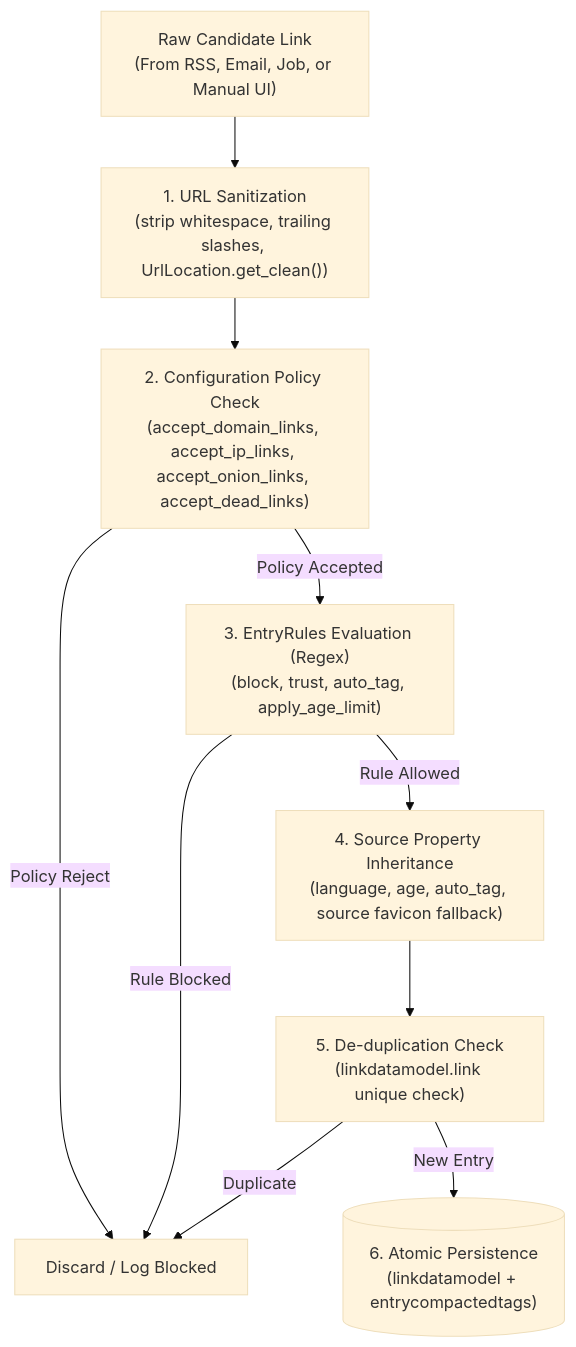
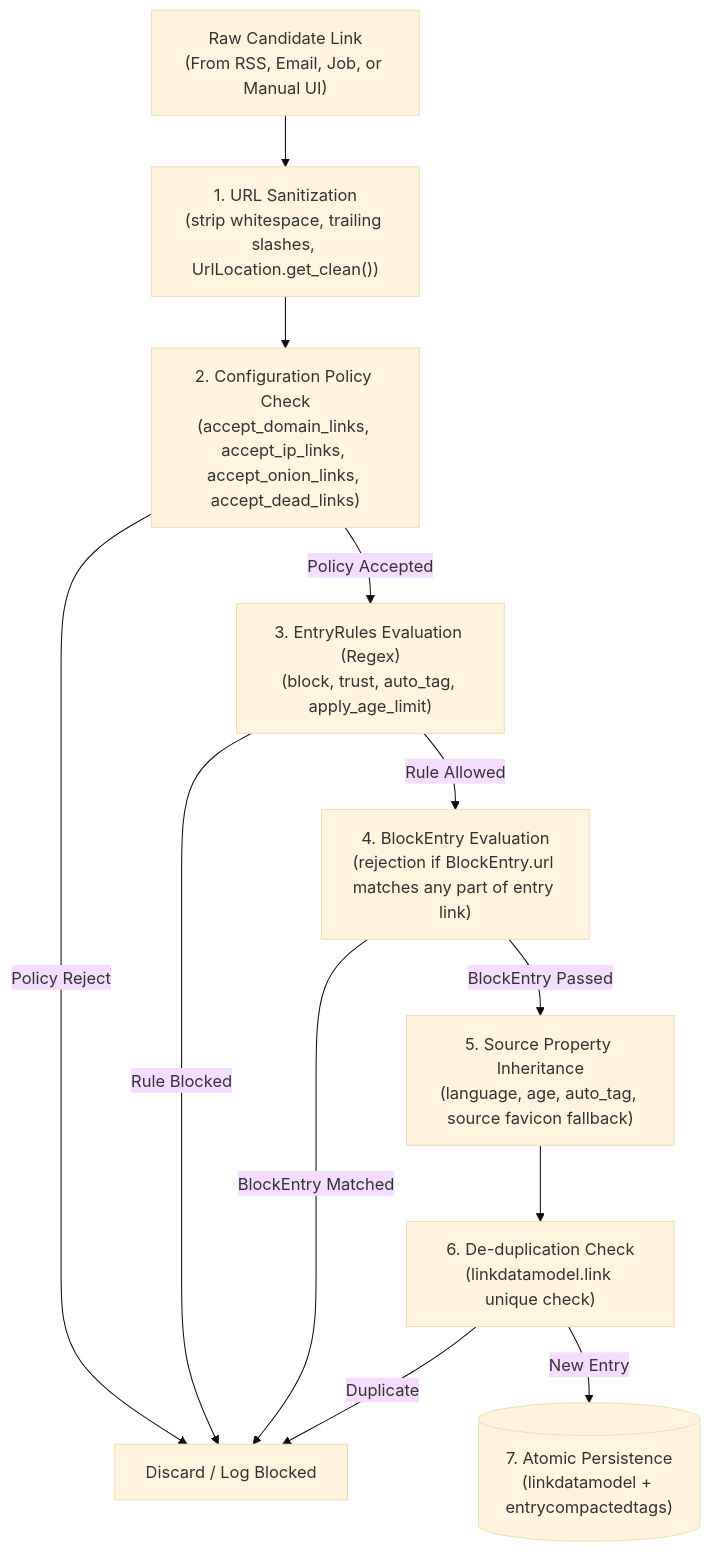
The fourth of 4 diagrams in ARCHITECTURE.md (rumca-js/yafr_next), drawn with Mermaid (base theme) before and after one commit. The commit also changed other lines of this file and 6 other files, not shown here.

Commit message:
Entry link update block entry.

````diff
--- a/ARCHITECTURE.md
+++ b/ARCHITECTURE.md
@@ -323,20 +323,23 @@
 ```mermaid
 flowchart TD
     Raw["Raw Candidate Link\n(From RSS, Email, Job, or Manual UI)"]
     Sanitize["1. URL Sanitization\n(strip whitespace, trailing slashes, UrlLocation.get_clean())"]
     Policy["2. Configuration Policy Check\n(accept_domain_links, accept_ip_links, accept_onion_links, accept_dead_links)"]
     Rules["3. EntryRules Evaluation (Regex)\n(block, trust, auto_tag, apply_age_limit)"]
-    Inherit["4. Source Property Inheritance\n(language, age, auto_tag, source favicon fallback)"]
-    Dedup["5. De-duplication Check\n(linkdatamodel.link unique check)"]
-    Persist[("6. Atomic Persistence\n(linkdatamodel + entrycompactedtags)")]
+    BlockCheck["4. BlockEntry Evaluation\n(rejection if BlockEntry.url matches any part of entry link)"]
+    Inherit["5. Source Property Inheritance\n(language, age, auto_tag, source favicon fallback)"]
+    Dedup["6. De-duplication Check\n(linkdatamodel.link unique check)"]
+    Persist[("7. Atomic Persistence\n(linkdatamodel + entrycompactedtags)")]
     Drop["Discard / Log Blocked"]
 
     Raw --> Sanitize --> Policy
     Policy -->|Policy Reject| Drop
     Policy -->|Policy Accepted| Rules
     Rules -->|Rule Blocked| Drop
-    Rules -->|Rule Allowed| Inherit
+    Rules -->|Rule Allowed| BlockCheck
+    BlockCheck -->|BlockEntry Matched| Drop
+    BlockCheck -->|BlockEntry Passed| Inherit
     Inherit --> Dedup
     Dedup -->|Duplicate| Drop
     Dedup -->|New Entry| Persist
 ```
````
